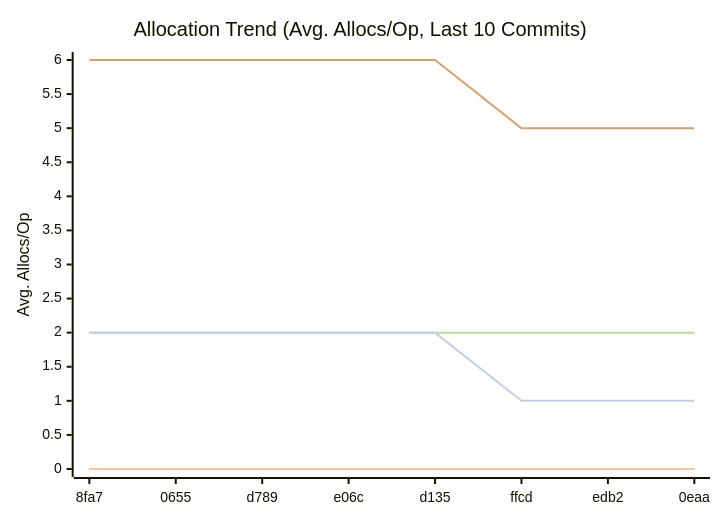
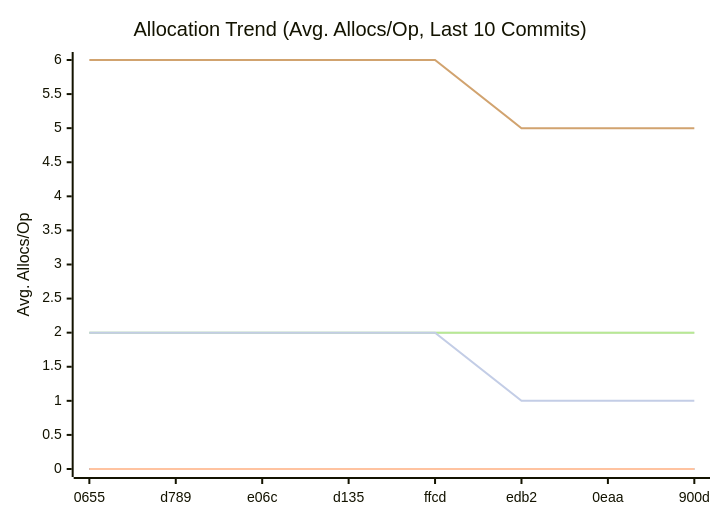
One commit to alsotoes/momo changed the third of 3 diagrams in docs/README.md. Above: the diagram before and after it, drawn with Mermaid. The commit also changed other lines of this file and 1 other file, not shown here.

````diff
--- a/docs/README.md
+++ b/docs/README.md
@@ -333,14 +333,14 @@
 ```mermaid
 xychart-beta
     title "Allocation Trend (Avg. Allocs/Op, Last 10 Commits)"
     x-axis "Commit"
     y-axis "Avg. Allocs/Op"
-    x-axis [8fa7,0655,d789,e06c,d135,ffcd,edb2,0eaa]
+    x-axis [0655,d789,e06c,d135,ffcd,edb2,0eaa,900d]
     line "CheckMetricsAndSwap" [0,0,0,0,0,0,0,0,0,0]
     line "IndexDirectTracking" [0,0,0,0,0,0,0,0,0,0]
     line "IndexSearch" [0,0,0,0,0,0,0,0,0,0]
     line "LoadGlobalConfig" [2,2,2,2,2,2,2,2,2,2]
     line "PadString" [2,2,2,2,2,2,2,2,2,2]
     line "ParseReplicationOrder_NoPrealloc" [6,6,6,6,6,5,5,5,5,5]
     line "ParseReplicationOrder_Prealloc" [2,2,2,2,2,1,1,1,1,1]
 ```
````
